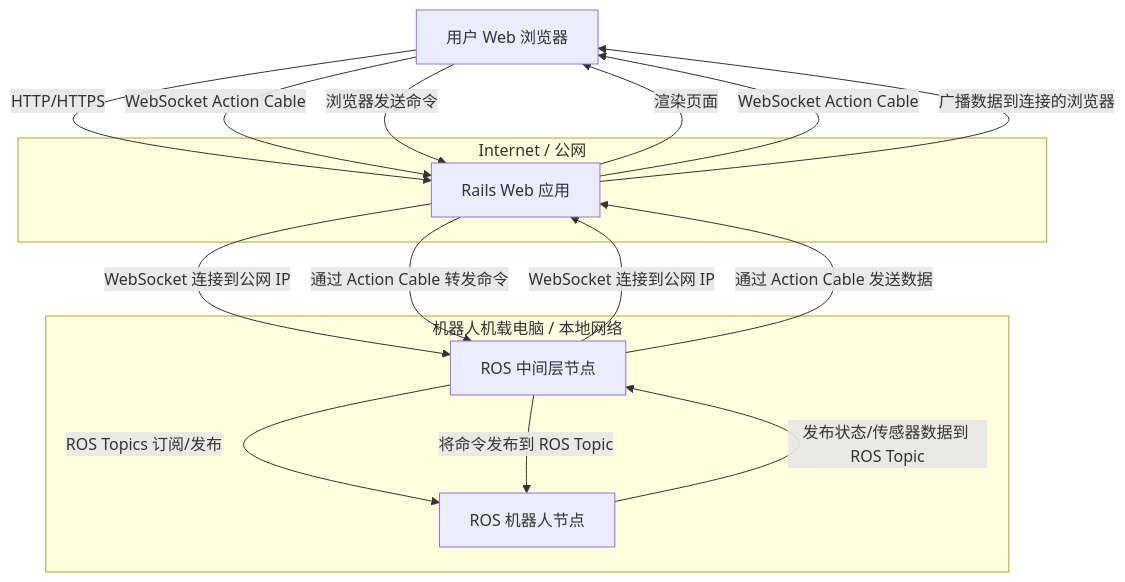
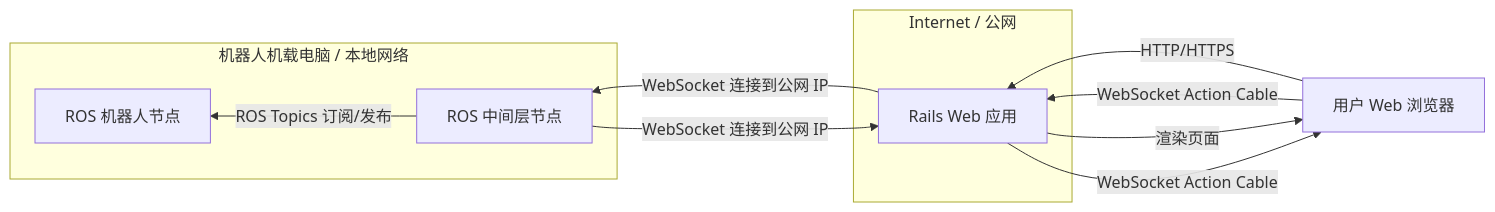
The first of 2 diagrams in README.md (EinNiemand28/BUAA_SE_Embedded_2025_team1), drawn with Mermaid before and after one commit. The commit also changed other lines of this file and 24 other files, not shown here.

````diff
--- a/README.md
+++ b/README.md
@@ -27,29 +12,23 @@
 ```mermaid
-graph TD
+graph RL
     A[用户 Web 浏览器] -->|HTTP/HTTPS| B[Rails Web 应用]
     B -->|渲染页面| A
     A -->|WebSocket Action Cable| B
     B -->|WebSocket Action Cable| A
 
     B -->|WebSocket 连接到公网 IP| C[ROS 中间层节点]
     C -->|WebSocket 连接到公网 IP| B
 
     C -->|ROS Topics 订阅/发布| D[ROS 机器人节点]
 
     subgraph Internet / 公网
         B
     end
 
     subgraph 机器人机载电脑 / 本地网络
         C
         D
     end
 
     %% 交互说明
-    A -- 浏览器发送命令 --> B
-    B -- 通过 Action Cable 转发命令 --> C
-    C -- 将命令发布到 ROS Topic --> D
-    D -- 发布状态/传感器数据到 ROS Topic --> C
-    C -- 通过 Action Cable 发送数据 --> B
-    B -- 广播数据到连接的浏览器 --> A
 ```
````
